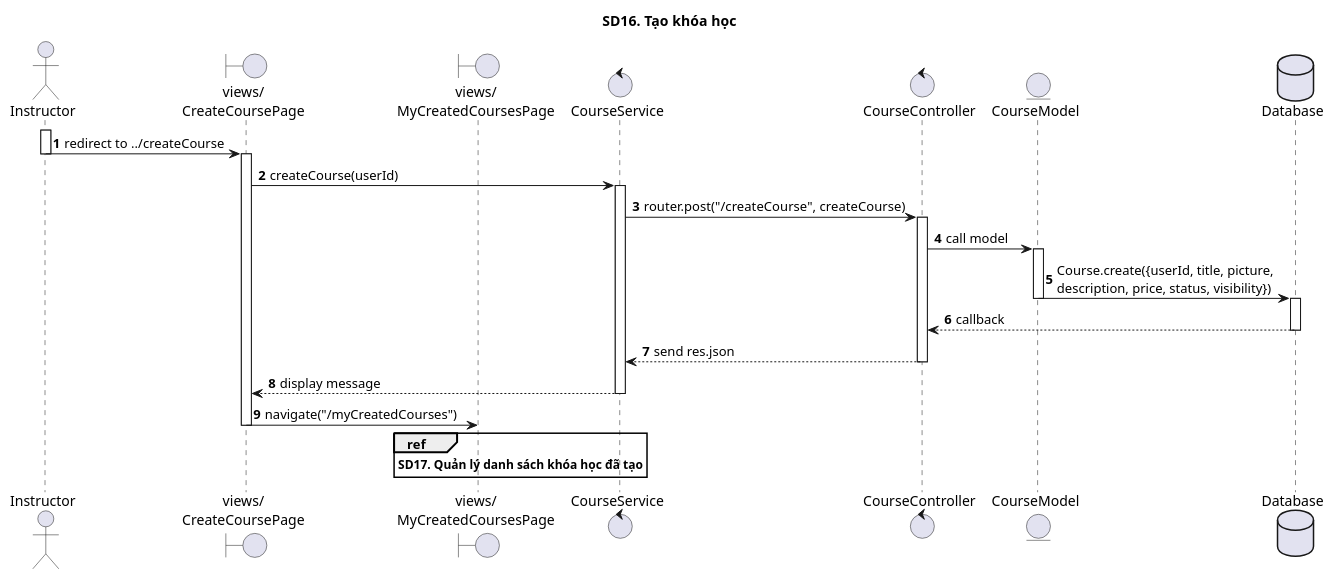
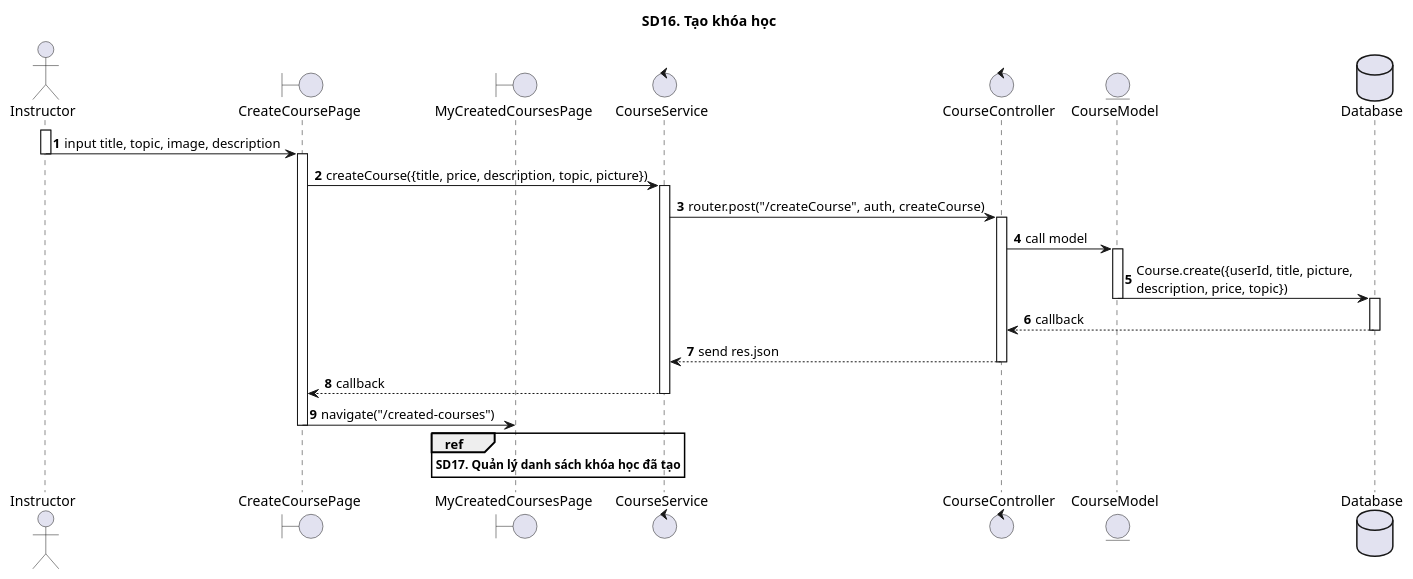
One commit to The-Cookies-Team/UML-Diagrams changed the diagram in SequenceDiagrams/CNPMHDT/sd16.puml. Above: the diagram before and after it, drawn with PlantUML. The commit also changed 4 other files, not shown here.

```diff
--- a/SequenceDiagrams/CNPMHDT/sd16.puml
+++ b/SequenceDiagrams/CNPMHDT/sd16.puml
@@ -1,40 +1,40 @@
 @startuml SQ
 
 autonumber
 
 title SD16. Tạo khóa học
 
 actor "Instructor" as Actor
-boundary "views/\nCreateCoursePage" as CreateCoursePage
-boundary "views/\nMyCreatedCoursesPage" as MyCreatedCoursesPage
+boundary "CreateCoursePage" as CreateCoursePage
+boundary "MyCreatedCoursesPage" as MyCreatedCoursesPage
 control "CourseService"
 control "CourseController"
 entity "CourseModel"
 database "Database" as Database
 
 activate Actor
-Actor -> CreateCoursePage: redirect to ../createCourse
+Actor -> CreateCoursePage: input title, topic, image, description
 deactivate Actor
 activate CreateCoursePage
-CreateCoursePage -> CourseService: createCourse(userId)
+CreateCoursePage -> CourseService: createCourse({title, price, description, topic, picture})
 activate CourseService
-CourseService -> CourseController: router.post("/createCourse", createCourse)
+CourseService -> CourseController: router.post("/createCourse", auth, createCourse)
 activate CourseController
 CourseController -> CourseModel: call model
 activate CourseModel
-CourseModel -> Database: Course.create({userId, title, picture,\ndescription, price, status, visibility})
+CourseModel -> Database: Course.create({userId, title, picture,\ndescription, price, topic})
 deactivate CourseModel
 activate Database
 Database --> CourseController: callback
 deactivate Database
 CourseController --> CourseService: send res.json
 deactivate CourseController
-CourseService --> CreateCoursePage: display message
+CourseService --> CreateCoursePage: callback
 deactivate CourseService
-CreateCoursePage -> MyCreatedCoursesPage: navigate("/myCreatedCourses")
+CreateCoursePage -> MyCreatedCoursesPage: navigate("/created-courses")
 deactivate CreateCoursePage
 ref over MyCreatedCoursesPage
 **SD17. Quản lý danh sách khóa học đã tạo**
 end ref
 
 @enduml
```
